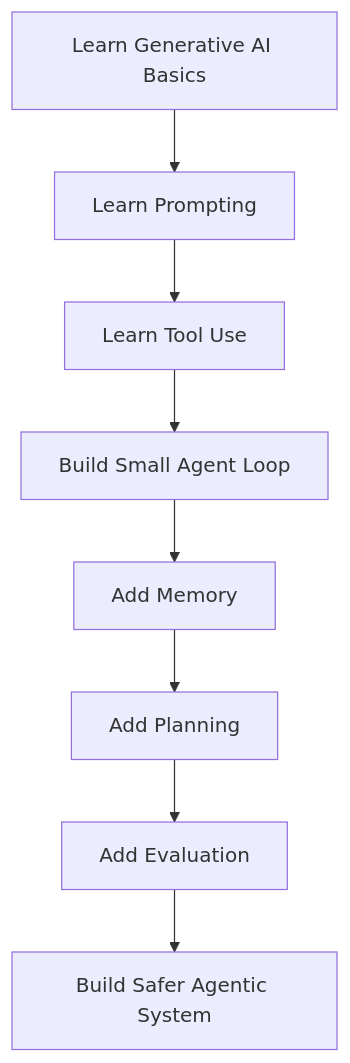
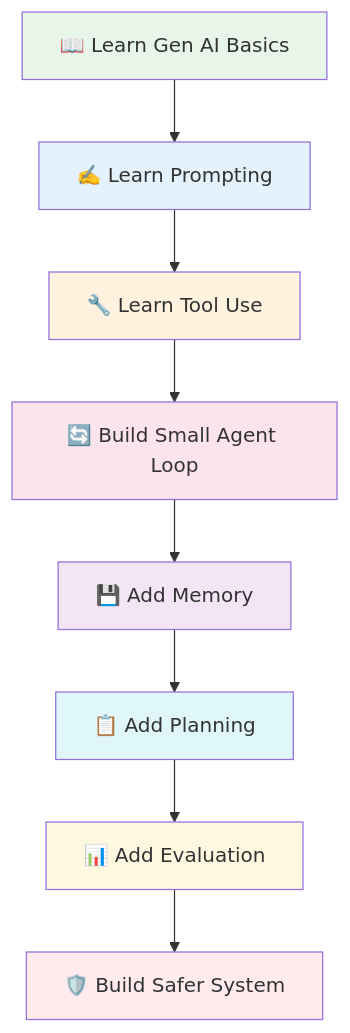
Diagram 15 of 15 in docs/ai/Agentic_AI_Guide.md (Sameer-Malik20/SusaGPT-Build-LLM-From-Scratch-With-Hinglish-Learning-Material), drawn with Mermaid before and after one commit. The commit also changed other lines of this file and 10 other files, not shown here.

````diff
--- a/docs/ai/Agentic_AI_Guide.md
+++ b/docs/ai/Agentic_AI_Guide.md
@@ -351,10 +482,19 @@
 ```mermaid
 flowchart TD
-    A[Learn Generative AI Basics] --> B[Learn Prompting]
-    B --> C[Learn Tool Use]
-    C --> D[Build Small Agent Loop]
-    D --> E[Add Memory]
-    E --> F[Add Planning]
-    F --> G[Add Evaluation]
-    G --> H[Build Safer Agentic System]
+    A["📖 Learn Gen AI Basics"] --> B["✍️ Learn Prompting"]
+    B --> C["🔧 Learn Tool Use"]
+    C --> D["🔄 Build Small Agent Loop"]
+    D --> E["💾 Add Memory"]
+    E --> F["📋 Add Planning"]
+    F --> G["📊 Add Evaluation"]
+    G --> H["🛡️ Build Safer System"]
+
+    style A fill:#E8F5E9
+    style B fill:#E3F2FD
+    style C fill:#FFF3E0
+    style D fill:#FCE4EC
+    style E fill:#F3E5F5
+    style F fill:#E0F7FA
+    style G fill:#FFF8E1
+    style H fill:#FFEBEE
 ```
````
